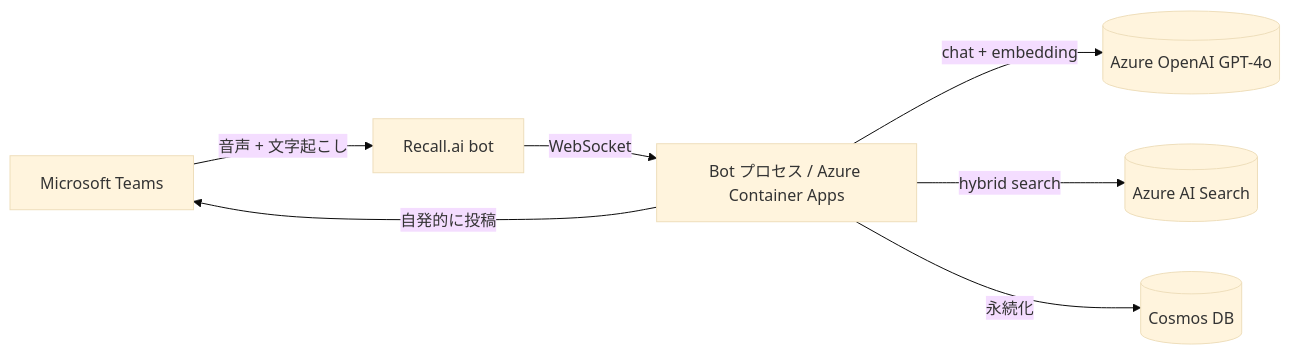
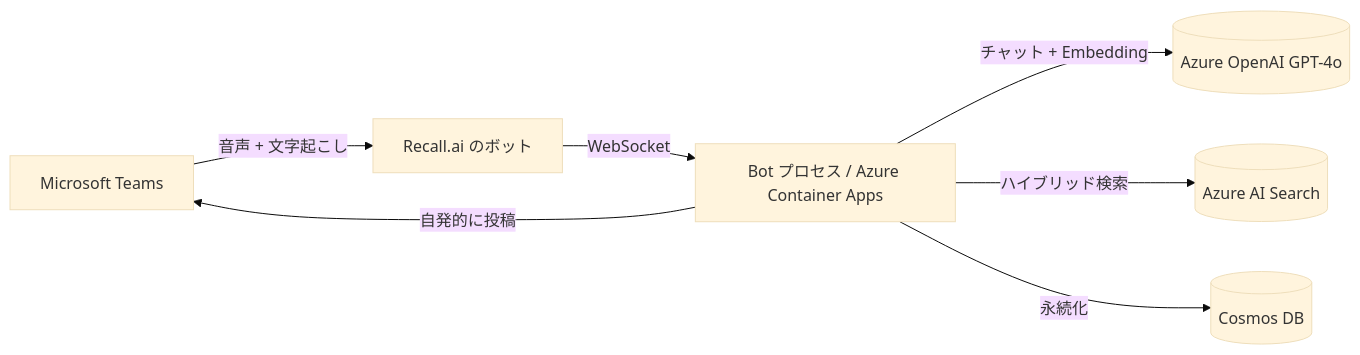
Before and after one commit to MOCHITEC/MOCHI-kiki: the diagram in articles/mochi-kiki-teams-agent/draft.md, drawn with Mermaid (base theme). The commit also changed other lines of this file, not shown here.

Commit message:
docs: アーキ図と冒頭の英語ラベルを日本語化
- Bot エージェント → ボットエージェント
- 図 Recall.ai bot → Recall.ai のボット
- 図 chat + embedding → チャット + Embedding
- 図 hybrid search → ハイブリッド検索

````diff
--- a/articles/mochi-kiki-teams-agent/draft.md
+++ b/articles/mochi-kiki-teams-agent/draft.md
@@ -24,9 +24,9 @@
 ```mermaid
 flowchart LR
-    Teams[Microsoft Teams] -->|音声 + 文字起こし| Recall[Recall.ai bot]
+    Teams[Microsoft Teams] -->|音声 + 文字起こし| Recall[Recall.ai のボット]
     Recall -->|WebSocket| Bot[Bot プロセス / Azure Container Apps]
-    Bot -->|chat + embedding| AOAI[(Azure OpenAI GPT-4o)]
-    Bot -->|hybrid search| Search[(Azure AI Search)]
+    Bot -->|チャット + Embedding| AOAI[(Azure OpenAI GPT-4o)]
+    Bot -->|ハイブリッド検索| Search[(Azure AI Search)]
     Bot -->|永続化| Cosmos[(Cosmos DB)]
     Bot -->|自発的に投稿| Teams
 ```
````
